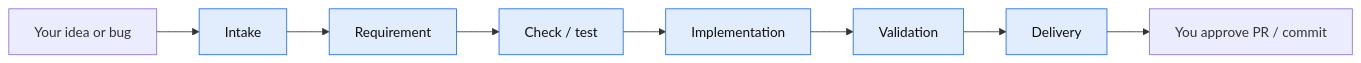
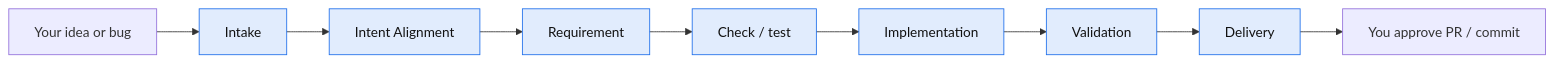
Before and after one commit to DDP-Engineering/2026_AudioMancer: the first of 3 diagrams in .agentic/documents/How_To_Start_A_New_Project.md, drawn with Mermaid. The commit also changed other lines of this file and 66 other files, not shown here.

````diff
--- a/.agentic/documents/How_To_Start_A_New_Project.md
+++ b/.agentic/documents/How_To_Start_A_New_Project.md
@@ -28,13 +31,14 @@
 ```mermaid
 flowchart LR
   A[Your idea or bug] --> B[Intake]
-  B --> C[Requirement]
-  C --> D[Check / test]
-  D --> E[Implementation]
-  E --> F[Validation]
-  F --> G[Delivery]
-  G --> H[You approve PR / commit]
+  B --> C[Intent Alignment]
+  C --> D[Requirement]
+  D --> E[Check / test]
+  E --> F[Implementation]
+  F --> G[Validation]
+  G --> I[Delivery]
+  I --> H[You approve PR / commit]
 
   classDef gate fill:#1f6feb22,stroke:#1f6feb,color:#111;
-  class B,C,D,E,F,G gate;
+  class B,C,D,E,F,G,I gate;
 ```
````
